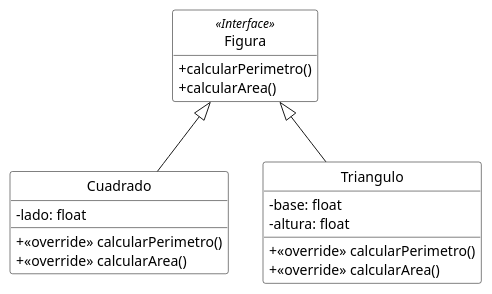
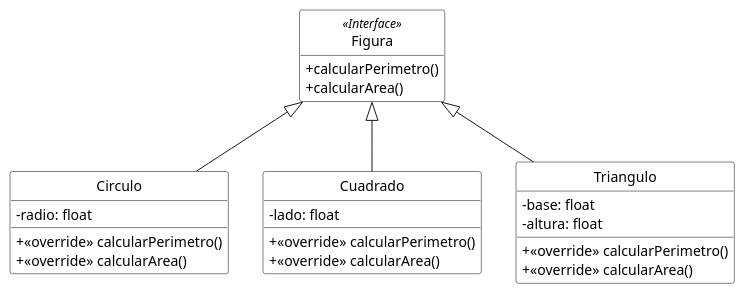
The diagram in clases.iuml (lobogral/plantumlClassic), drawn with PlantUML before and after one commit.

```diff
--- a/clases.iuml
+++ b/clases.iuml
@@ -1,31 +1,38 @@
 @startuml
 skinparam monochrome true
 skinparam classBackgroundColor White
 skinparam classBorderColor Black
 skinparam shadowing false
 skinparam classAttributeIconSize 0
 
+Figura <|-- Circulo
 Figura <|-- Cuadrado
 Figura <|-- Triangulo
 
 class Figura <<Interface>> {
  +calcularPerimetro()
  +calcularArea()
 }
 
 class Cuadrado {
  -lado: float
  + <<override>> calcularPerimetro()
  + <<override>> calcularArea()
 }
 
 class Triangulo {
  -base: float
  -altura: float
  + <<override>> calcularPerimetro()
  + <<override>> calcularArea()
 }
 
+class Circulo {
+ -radio: float
+ + <<override>> calcularPerimetro()
+ + <<override>> calcularArea()
+}
+
 hide circle
 hide <<Interface>> fields
 @enduml
```
